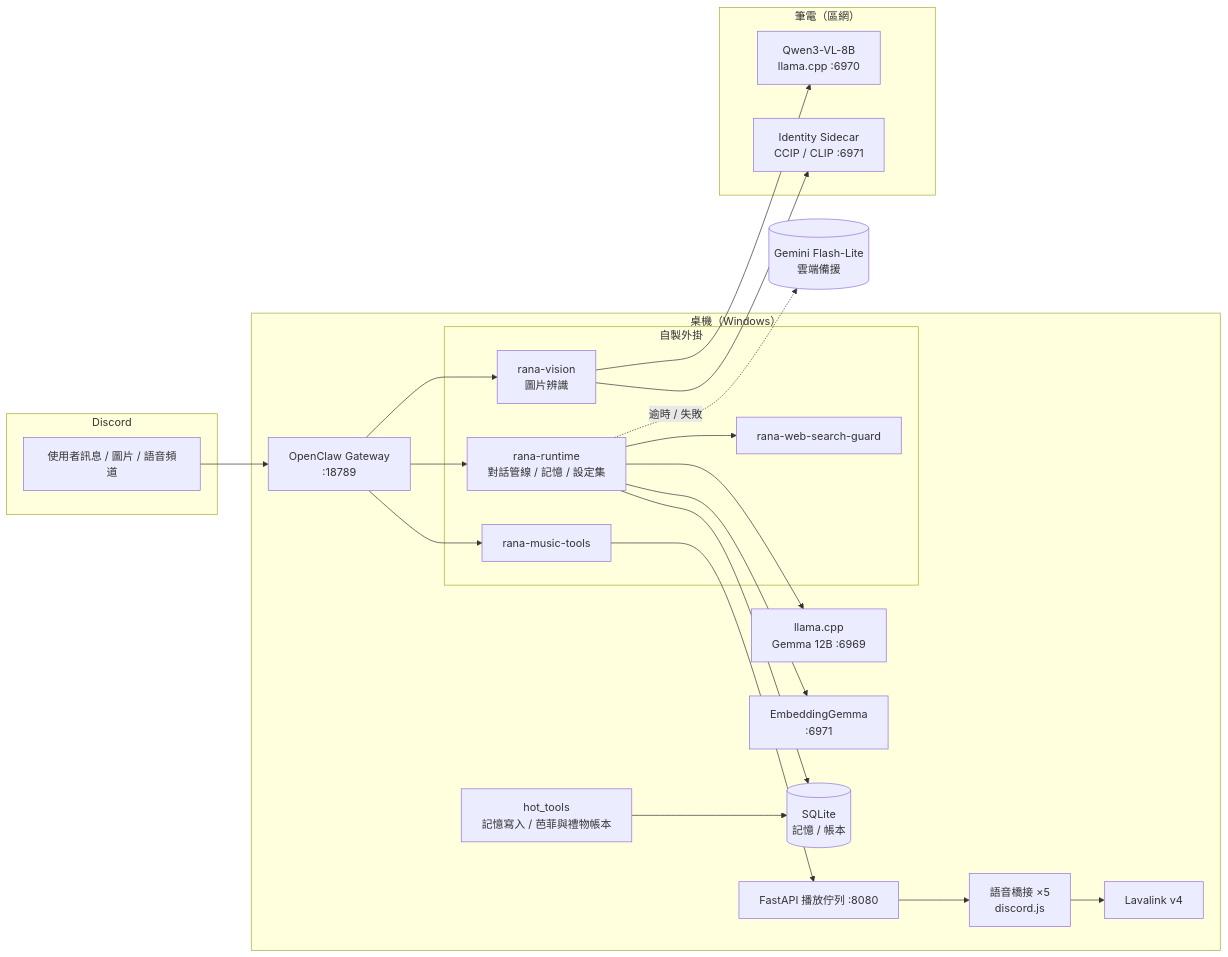
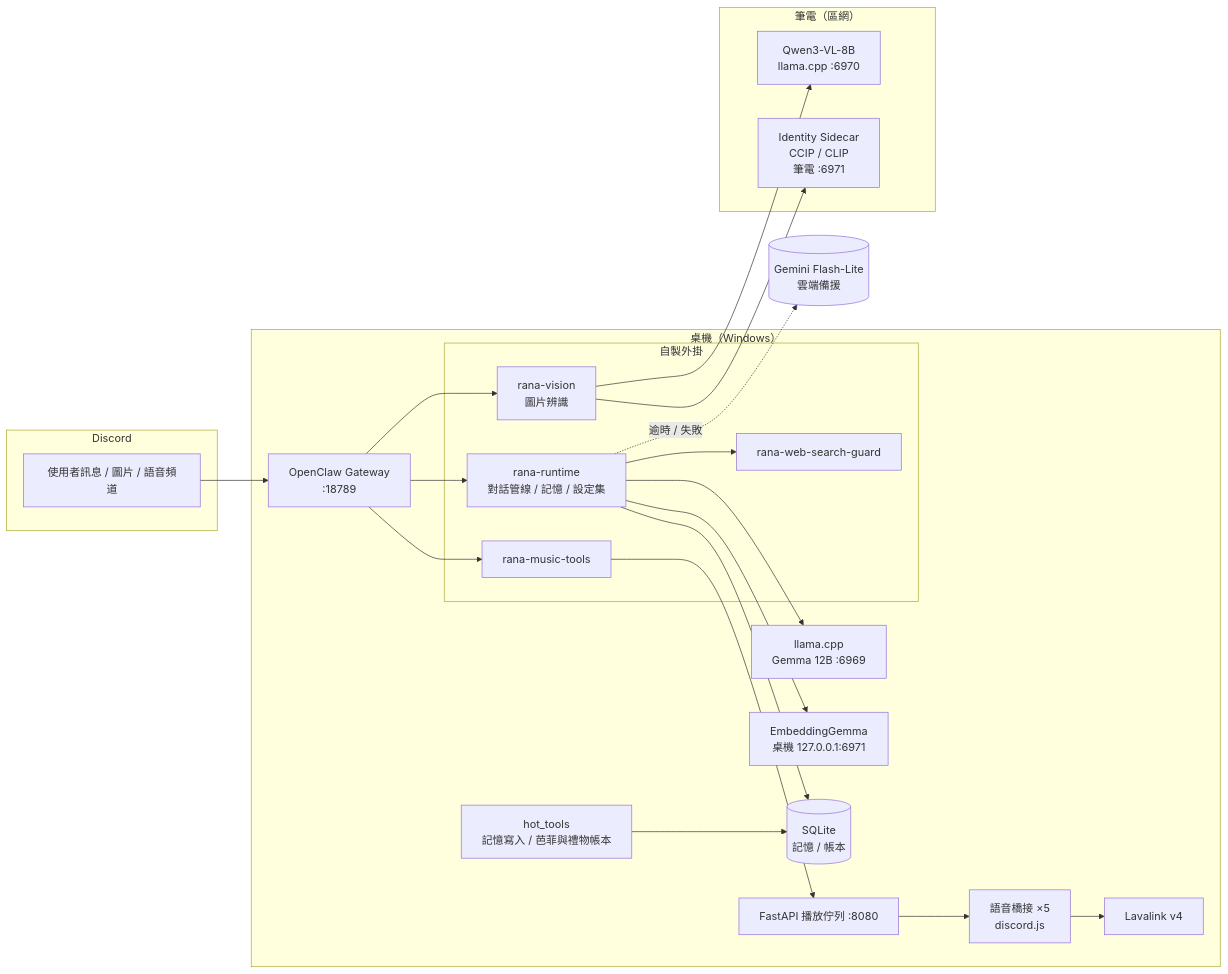
The first of 4 diagrams in README.md (lce52147/rana-ai-agent), drawn with Mermaid before and after one commit. The commit also changed other lines of this file and 508 other files, not shown here.

````diff
--- a/README.md
+++ b/README.md
@@ -55,41 +55,41 @@
 ```mermaid
 flowchart LR
   subgraph Discord
     U[使用者訊息 / 圖片 / 語音頻道]
   end
 
   subgraph Desktop["桌機（Windows）"]
     GW[OpenClaw Gateway<br/>:18789]
     subgraph Plugins["自製外掛"]
       RT[rana-runtime<br/>對話管線 / 記憶 / 設定集]
       VI[rana-vision<br/>圖片辨識]
       MU[rana-music-tools]
       WS[rana-web-search-guard]
     end
     LL[llama.cpp<br/>Gemma 12B :6969]
-    EM[EmbeddingGemma<br/>:6971]
+    EM[EmbeddingGemma<br/>桌機 127.0.0.1:6971]
     DB[(SQLite<br/>記憶 / 帳本)]
     HT[hot_tools<br/>記憶寫入 / 芭菲與禮物帳本]
     LIVE[FastAPI 播放佇列 :8080]
     VB[語音橋接 ×5<br/>discord.js]
     LV[Lavalink v4]
   end
 
   subgraph Laptop["筆電（區網）"]
     VLM[Qwen3-VL-8B<br/>llama.cpp :6970]
-    SC[Identity Sidecar<br/>CCIP / CLIP :6971]
+    SC[Identity Sidecar<br/>CCIP / CLIP<br/>筆電 :6971]
   end
 
   GEM[(Gemini Flash-Lite<br/>雲端備援)]
 
   U --> GW --> RT
   RT --> LL
   RT -. 逾時 / 失敗 .-> GEM
   RT --> EM
   RT --> DB
   HT --> DB
   GW --> VI --> VLM
   VI --> SC
   GW --> MU --> LIVE --> VB --> LV
   RT --> WS
 ```
````
